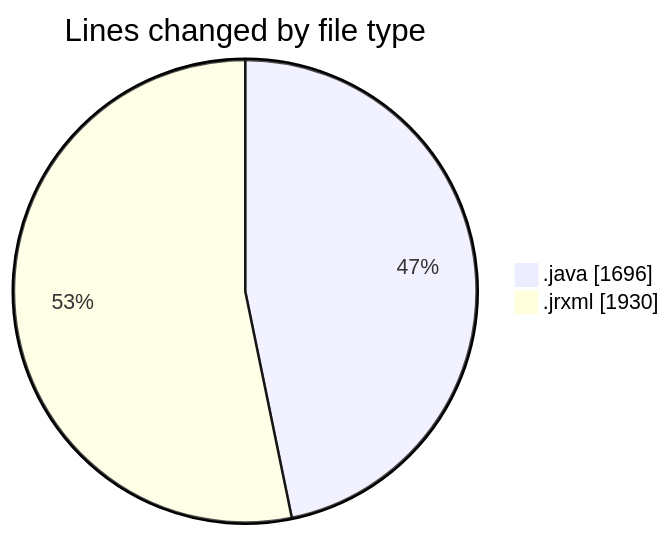
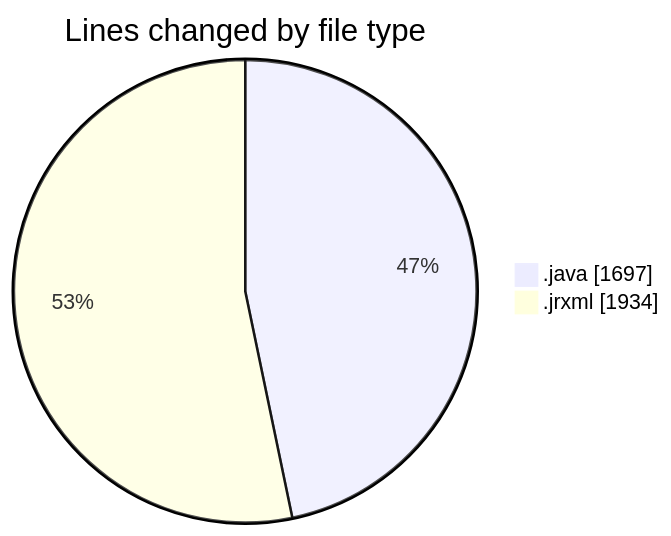
Before and after one commit to ricardozamudiocil/code-tracking: the first of 2 diagrams in 2026-09-30/cilreports__workspace_/README.md, drawn with Mermaid. The commit also changed other lines of this file and 1 other file, not shown here.

````diff
--- a/2026-09-30/cilreports__workspace_/README.md
+++ b/2026-09-30/cilreports__workspace_/README.md
@@ -24,6 +24,6 @@
 ```mermaid
 pie showData
 title Lines changed by file type
-".java" : 1696
-".jrxml" : 1930
+".java" : 1697
+".jrxml" : 1934
 ```
````
